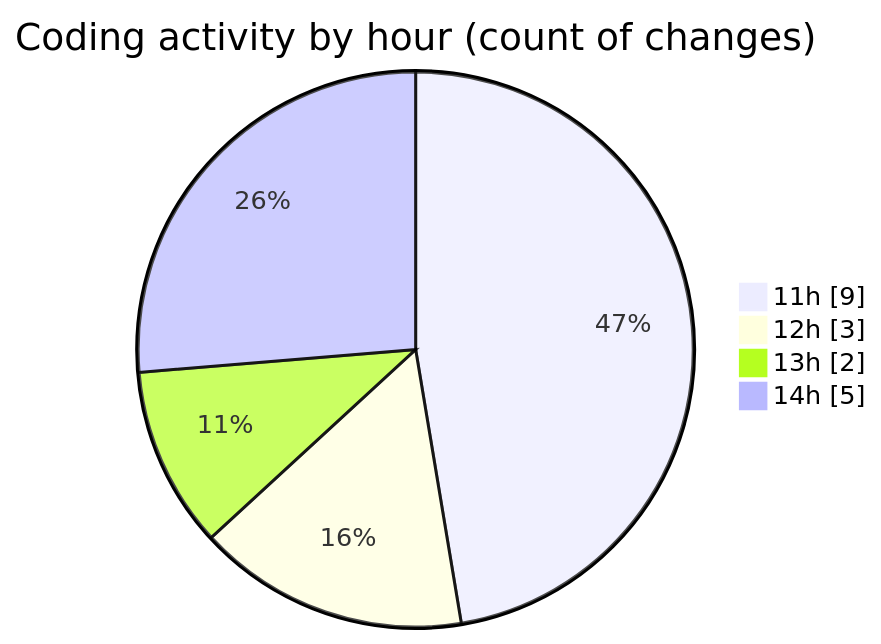
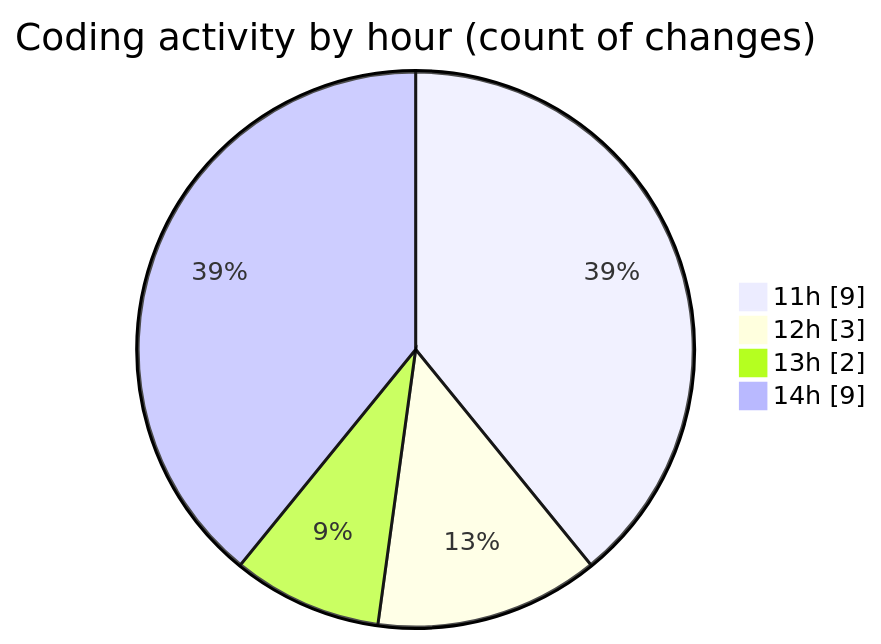
The second of 2 diagrams in 2025-01-21/monteur_automatique/README.md (CELIANVF/code-tracking), drawn with Mermaid before and after one commit. The commit also changed other lines of this file and 1 other file, not shown here.

````diff
--- a/2025-01-21/monteur_automatique/README.md
+++ b/2025-01-21/monteur_automatique/README.md
@@ -32,8 +32,8 @@
 ```mermaid
 pie showData
 title Coding activity by hour (count of changes)
 "11h" : 9
 "12h" : 3
 "13h" : 2
-"14h" : 5
+"14h" : 9
 ```
````
